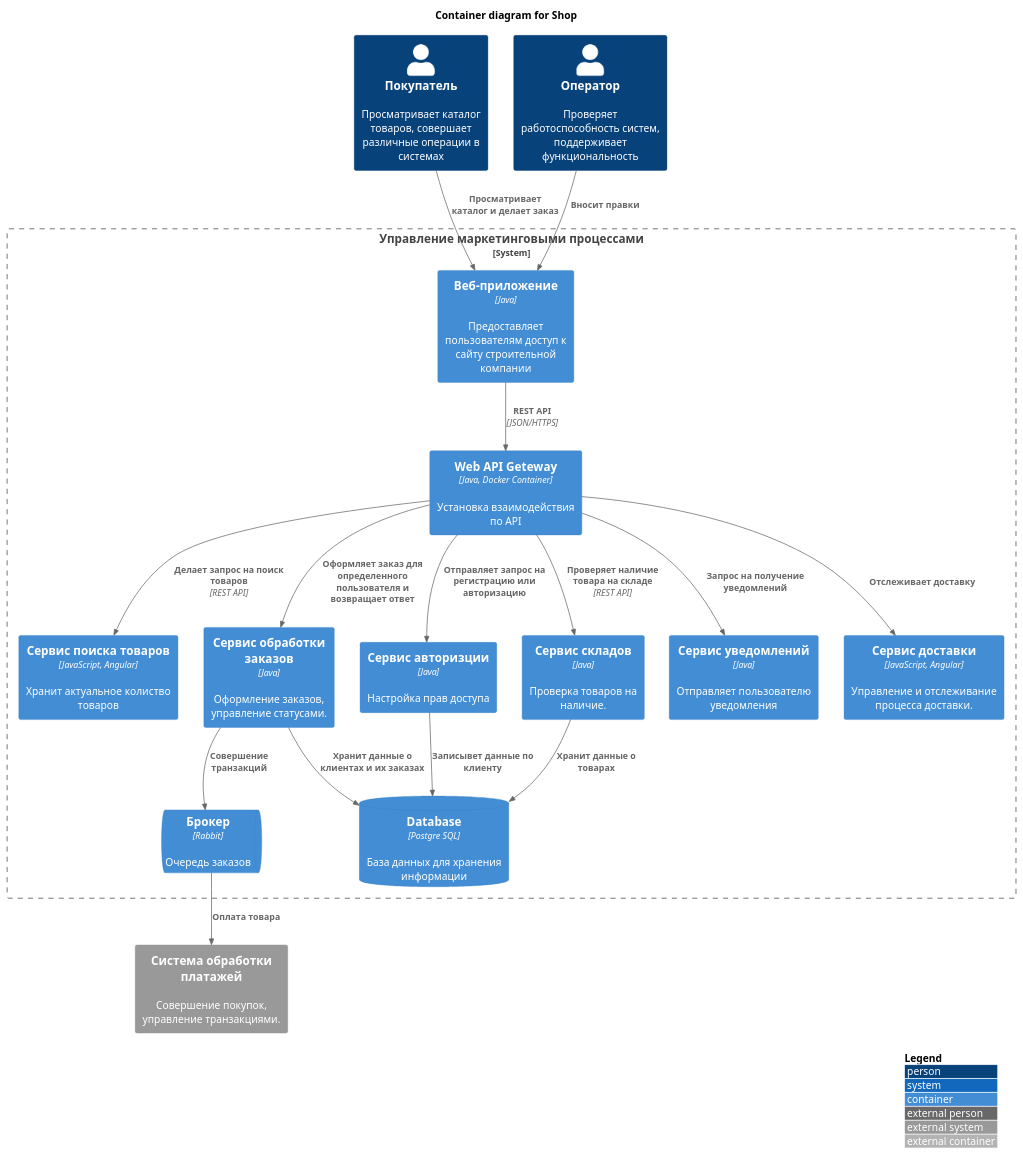
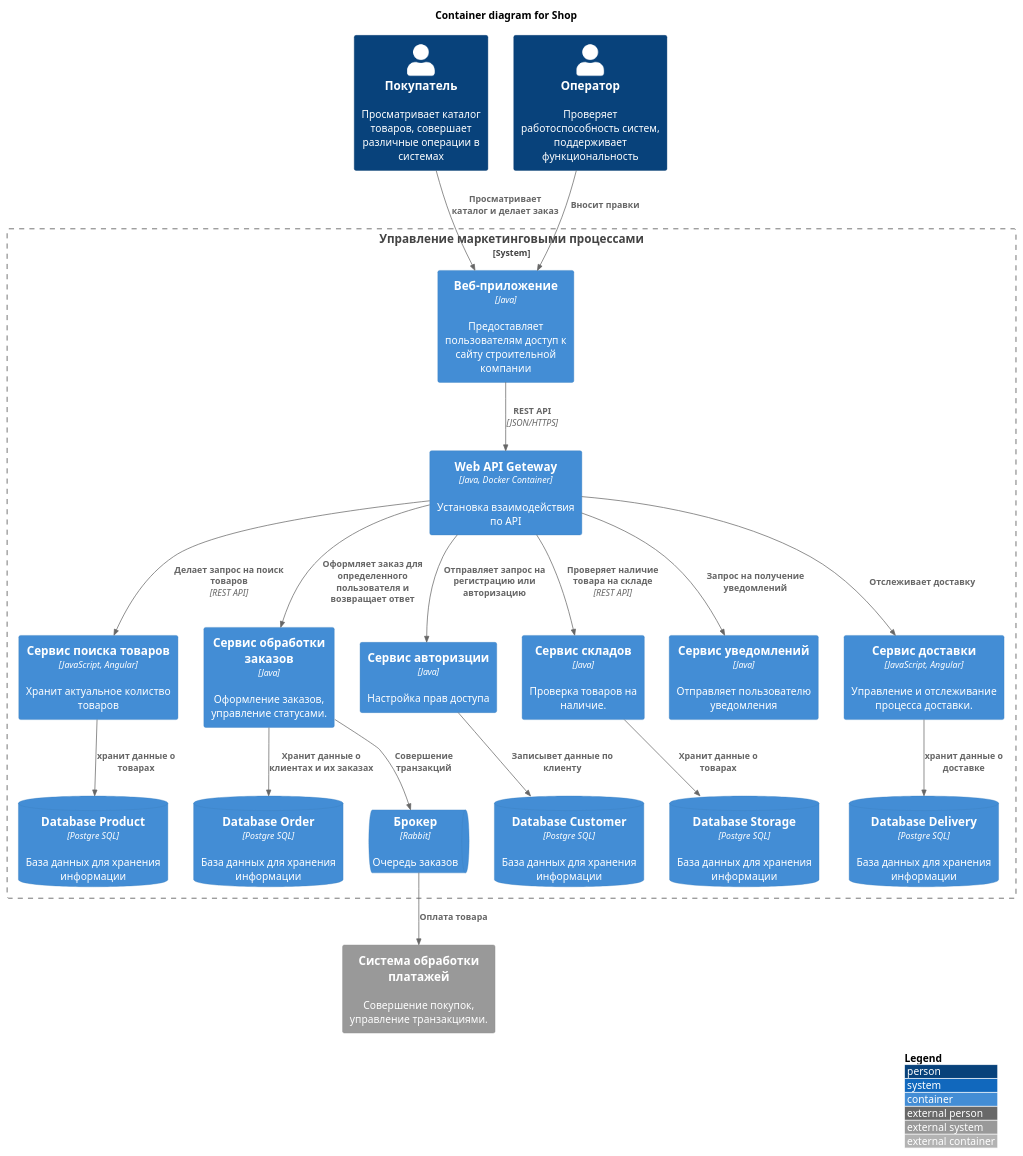
One commit to Ksenia530/Solodovnik_analytics_practice changed the diagram in C4_Container.puml. Above: the diagram before and after it, drawn with PlantUML. The commit also changed 1 other file, not shown here.

```diff
--- a/C4_Container.puml
+++ b/C4_Container.puml
@@ -1,39 +1,45 @@
 @startuml
 !include https://raw.githubusercontent.com/plantuml-stdlib/C4-PlantUML/master/C4_Container.puml
 
 LAYOUT_WITH_LEGEND()
 
 title Container diagram for Shop
 
 Person(customer, "Покупатель", "Просматривает каталог товаров, совершает различные операции в системах")
 Person(administrator, "Оператор", "Проверяет работоспособность систем, поддерживает функциональность")
 System_Boundary(s1, "Управление маркетинговыми процессами") {
     Container(web, "Веб-приложение", "Java", "Предоставляет пользователям доступ к сайту строительной компании" )
     Container(Product_sales_system, "Сервис поиска товаров", "JavaScript, Angular", "Хранит актуальное колиство товаров")
     Container(Order_system, "Сервис обработки заказов", "Java", "Оформление заказов, управление статусами.")
     Container(Customer_system, "Сервис авторизции", "Java", "Настройка прав доступа")
     Container(Storage_system, "Сервис складов", "Java", "Проверка товаров на наличие.")
     Container(backend_api, "Web API Geteway", "Java, Docker Container", "Установка взаимодействия по API")
-    ContainerDb(database, "Database", "Postgre SQL", "База данных для хранения информации")
+    ContainerDb(database1, "Database Customer", "Postgre SQL", "База данных для хранения информации")
+    ContainerDb(database2, "Database Storage", "Postgre SQL", "База данных для хранения информации")
+    ContainerDb(database3, "Database Order", "Postgre SQL", "База данных для хранения информации")
+    ContainerDb(database4, "Database Delivery", "Postgre SQL", "База данных для хранения информации")
+    ContainerDb(database5, "Database Product", "Postgre SQL", "База данных для хранения информации")
     ContainerQueue(queue, "Брокер", "Rabbit", "Очередь заказов")
     Container(sms, "Сервис уведомлений", "Java", "Отправляет пользователю уведомления")
     Container(Delivery_system, "Сервис доставки", "JavaScript, Angular", "Управление и отслеживание процесса доставки.")
 }
 
 System_Ext(Payment_system, "Система обработки платажей", "Совершение покупок, управление транзакциями.")
 
 Rel(customer, web, "Просматривает каталог и делает заказ")
 Rel(administrator, web, "Вносит правки")
 Rel(backend_api, Customer_system, "Отправляет запрос на регистрацию или авторизацию")
-Rel(Customer_system,database, "Записывет данные по клиенту")
+Rel(Customer_system,database1, "Записывет данные по клиенту")
 Rel(web,backend_api,"REST API","JSON/HTTPS")
 Rel(backend_api, Product_sales_system, "Делает запрос на поиск товаров", "REST API")
 Rel(backend_api, Storage_system, "Проверяет наличие товара на складе","REST API")
 Rel(backend_api, Order_system, "Оформляет заказ для определенного пользователя и возвращает ответ")
 Rel(backend_api,sms, "Запрос на получение уведомлений")
-Rel(Storage_system,database, "Хранит данные о товарах")
-Rel(Order_system,database, "Хранит данные о клиентах и их заказах")
+Rel(Storage_system,database2, "Хранит данные о товарах")
+Rel(Order_system,database3, "Хранит данные о клиентах и их заказах")
 Rel(Order_system,queue, "Совершение транзакций")
 Rel(queue,Payment_system, "Оплата товара")
 Rel(backend_api, Delivery_system, "Отслеживает доставку")
+Rel(Delivery_system, database4, "хранит данные о доставке")
+Rel(Product_sales_system, database5, "хранит данные о товарах")
 @enduml
```
